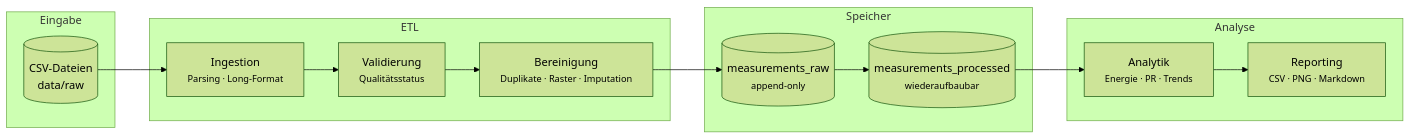
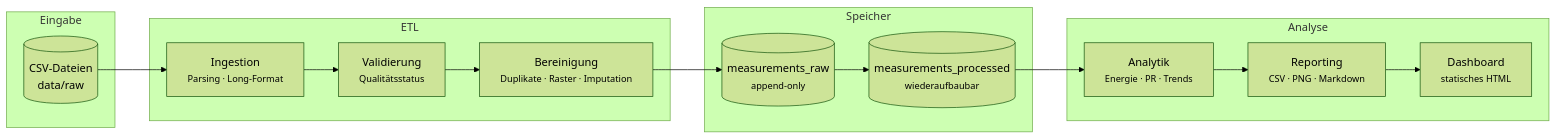
The diagram in README.md (dgoo24/Renewable-Energy-Time-Series-ETL-Analytics-Pipeline), drawn with Mermaid (forest theme) before and after one commit. The commit also changed other lines of this file and 7 other files, not shown here.

Commit message:
feat: add static HTML dashboard and Windows launcher

````diff
--- a/README.md
+++ b/README.md
@@ -76,27 +79,28 @@
 ```mermaid
 flowchart LR
     subgraph Eingabe
         CSV[("CSV-Dateien<br/>data/raw")]
     end
 
     subgraph ETL
         ING["Ingestion<br/><small>Parsing · Long-Format</small>"]
         VAL["Validierung<br/><small>Qualitätsstatus</small>"]
         CLN["Bereinigung<br/><small>Duplikate · Raster · Imputation</small>"]
     end
 
     subgraph Speicher
         RAW[("measurements_raw<br/><small>append-only</small>")]
         PROC[("measurements_processed<br/><small>wiederaufbaubar</small>")]
     end
 
     subgraph Analyse
         ANA["Analytik<br/><small>Energie · PR · Trends</small>"]
         REP["Reporting<br/><small>CSV · PNG · Markdown</small>"]
+        DASH["Dashboard<br/><small>statisches HTML</small>"]
     end
 
     CSV --> ING --> VAL --> CLN
     CLN --> RAW
     RAW --> PROC
-    PROC --> ANA --> REP
+    PROC --> ANA --> REP --> DASH
 ```
````
